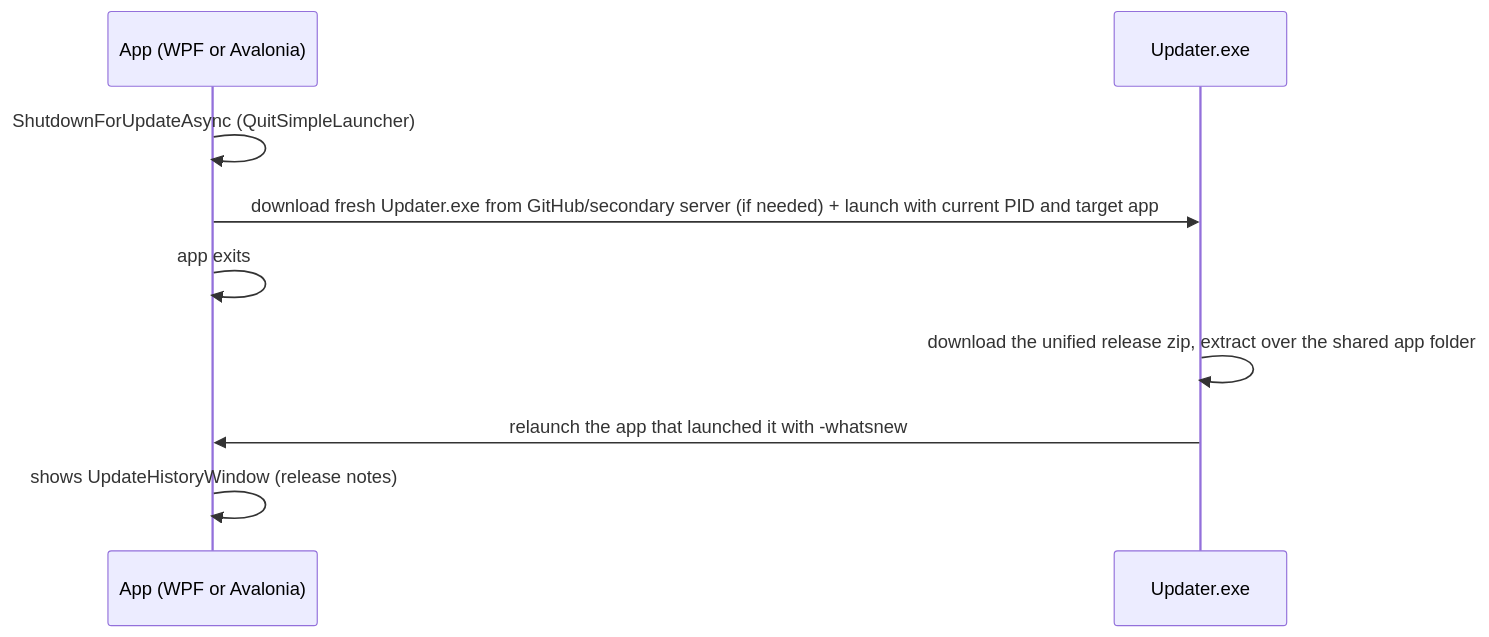
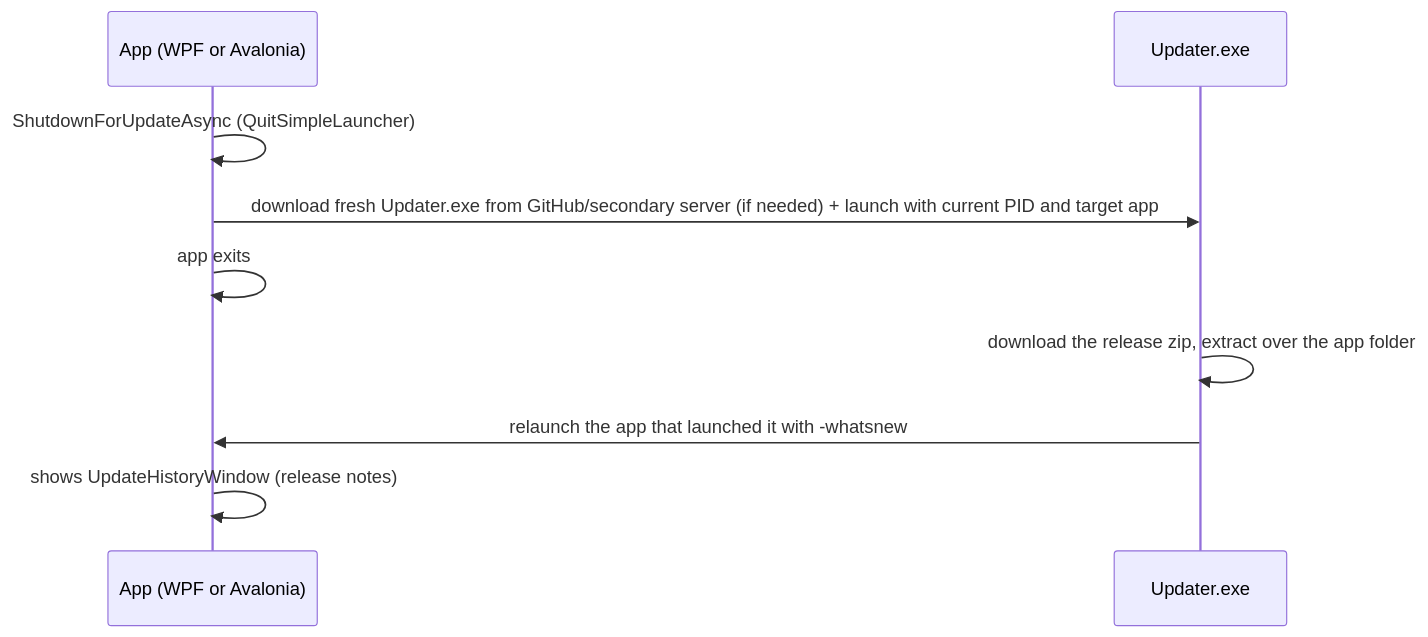
One commit to purelogiccode/SimpleLauncher changed the diagram in docs/16-updater.md. Above: the diagram before and after it, drawn with Mermaid. The commit also changed other lines of this file and 289 other files, not shown here.

````diff
--- a/docs/16-updater.md
+++ b/docs/16-updater.md
@@ -65,11 +65,11 @@
 ```mermaid
 sequenceDiagram
     participant A as App (WPF or Avalonia)
     participant U as Updater.exe
     A->>A: ShutdownForUpdateAsync (QuitSimpleLauncher)
     A->>U: download fresh Updater.exe from GitHub/secondary server (if needed) + launch with current PID and target app
     A->>A: app exits
-    U->>U: download the unified release zip, extract over the shared app folder
+    U->>U: download the release zip, extract over the app folder
     U->>A: relaunch the app that launched it with -whatsnew
     A->>A: shows UpdateHistoryWindow (release notes)
 ```
````
